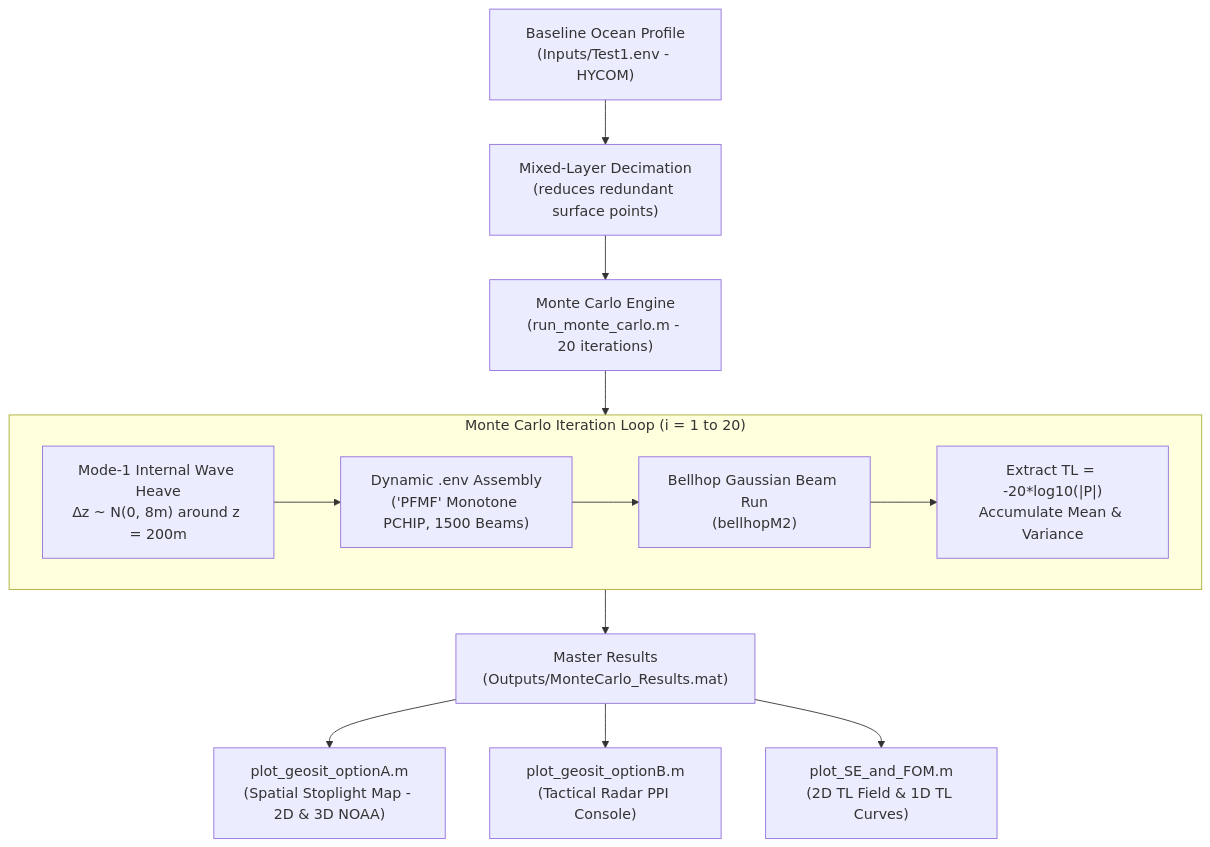
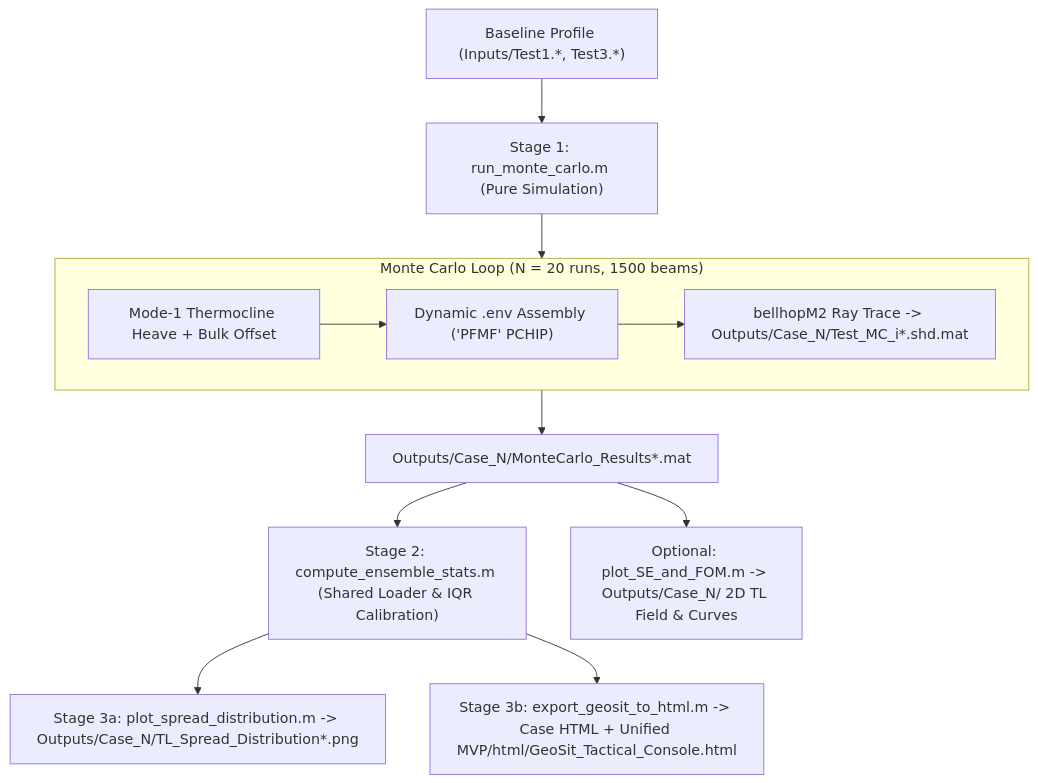
Before and after one commit to yfz88/navy212-tactical-geosit: the diagram in README.md, drawn with Mermaid. The commit also changed other lines of this file and 223 other files, not shown here.

First line of the commit message:
Refactor workflow with adaptive IQR stats, Case 3 (100m), top-header sensor switcher, and clean repo layout

````diff
--- a/README.md
+++ b/README.md
@@ -5,15 +11,14 @@
 ```mermaid
 flowchart TD
-    A["Baseline Ocean Profile<br/>(Inputs/Test1.env - HYCOM)"] --> B["Mixed-Layer Decimation<br/>(reduces redundant surface points)"]
-    B --> C["Monte Carlo Engine<br/>(run_monte_carlo.m - 20 iterations)"]
-    subgraph Monte_Carlo_Loop ["Monte Carlo Iteration Loop (i = 1 to 20)"]
-        D["Mode-1 Internal Wave Heave<br/>Δz ~ N(0, 8m) around z = 200m"] --> E["Dynamic .env Assembly<br/>('PFMF' Monotone PCHIP, 1500 Beams)"]
-        E --> F["Bellhop Gaussian Beam Run<br/>(bellhopM2)"]
-        F --> G["Extract TL = -20*log10(|P|)<br/>Accumulate Mean & Variance"]
+    A["Baseline Profile (Inputs/Test1.*, Test3.*)"] --> B["Stage 1: run_monte_carlo.m (Pure Simulation)"]
+    subgraph MC ["Monte Carlo Loop (N = 20 runs, 1500 beams)"]
+        C["Mode-1 Thermocline Heave + Bulk Offset"] --> D["Dynamic .env Assembly ('PFMF' PCHIP)"]
+        D --> E["bellhopM2 Ray Trace -> Outputs/Case_N/Test_MC_i*.shd.mat"]
     end
-    C --> Monte_Carlo_Loop
-    Monte_Carlo_Loop --> H["Master Results<br/>(Outputs/MonteCarlo_Results.mat)"]
-    H --> I["plot_geosit_optionA.m<br/>(Spatial Stoplight Map - 2D & 3D NOAA)"]
-    H --> J["plot_geosit_optionB.m<br/>(Tactical Radar PPI Console)"]
-    H --> K["plot_SE_and_FOM.m<br/>(2D TL Field & 1D TL Curves)"]
+    B --> MC
+    MC --> F["Outputs/Case_N/MonteCarlo_Results*.mat"]
+    F --> G["Stage 2: compute_ensemble_stats.m (Shared Loader & IQR Calibration)"]
+    G --> H["Stage 3a: plot_spread_distribution.m -> Outputs/Case_N/TL_Spread_Distribution*.png"]
+    G --> I["Stage 3b: export_geosit_to_html.m -> Case HTML + Unified MVP/html/GeoSit_Tactical_Console.html"]
+    F --> J["Optional: plot_SE_and_FOM.m -> Outputs/Case_N/ 2D TL Field & Curves"]
 ```
````
